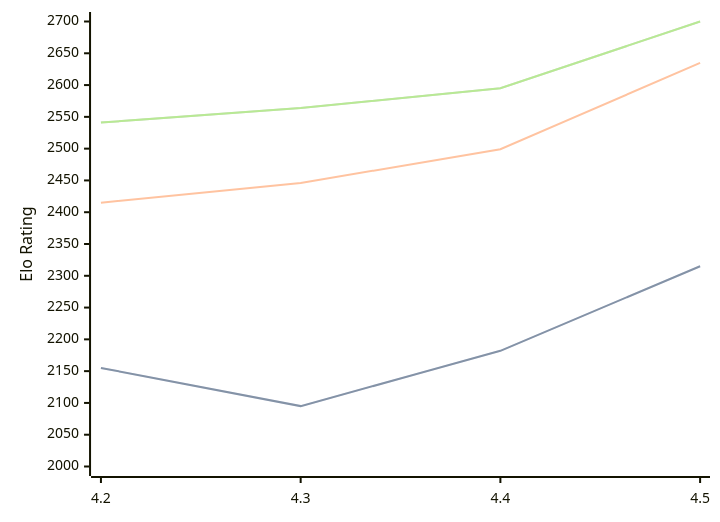
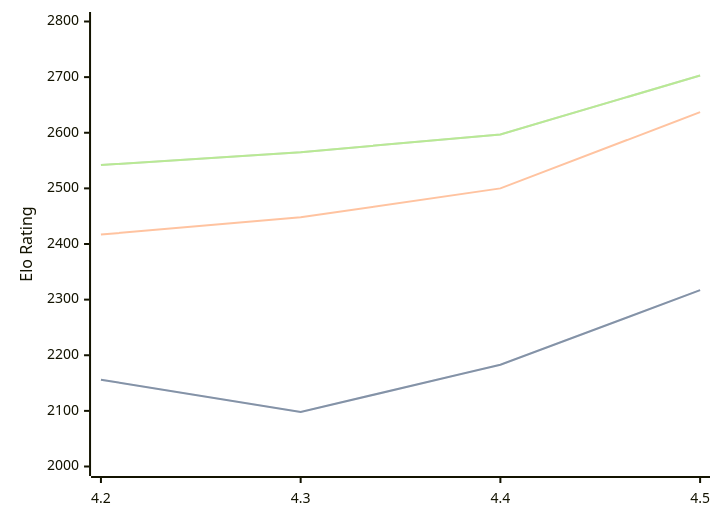
One commit to computer-chess-index/cci changed the diagram in engines/Eubos.md. Above: the diagram before and after it, drawn with Mermaid. The commit also changed other lines of this file, not shown here.

Commit message:
Update CCI Ratings (ELO VLTC) - 2026-08-22

````diff
--- a/engines/Eubos.md
+++ b/engines/Eubos.md
@@ -34,11 +34,11 @@
 ```mermaid
 %%{init: {"theme":"base","themeVariables":{"seriesColors:['#a3a3a3','#222221','#faa371']}}}%%
 xychart-beta
   x-axis ["4.2", "4.3", "4.4", "4.5"]
-  y-axis "Elo Rating" 2000 --> 2700
-  line "STC (8.0+0.08s)" [2155, 2095, 2182, 2315]
-  line "STC (8.0+0.08s)" [2155, 2095, 2182, 2315]
-  line "LTC (60.0+0.60s)" [2415, 2446, 2499, 2635]
-  line "VLTC (2m24s+1.12s)" [2541, 2564, 2595, 2700]
-  line "VLTC (2m24s+1.12s)" [2541, 2564, 2595, 2700]
+  y-axis "Elo Rating" 2000 --> 2800
+  line "STC (8.0+0.08s)" [2156, 2098, 2183, 2317]
+  line "STC (8.0+0.08s)" [2156, 2098, 2183, 2317]
+  line "LTC (60.0+0.60s)" [2417, 2448, 2500, 2637]
+  line "VLTC (2m24s+1.12s)" [2542, 2565, 2597, 2703]
+  line "VLTC (2m24s+1.12s)" [2542, 2565, 2597, 2703]
 ```
````
